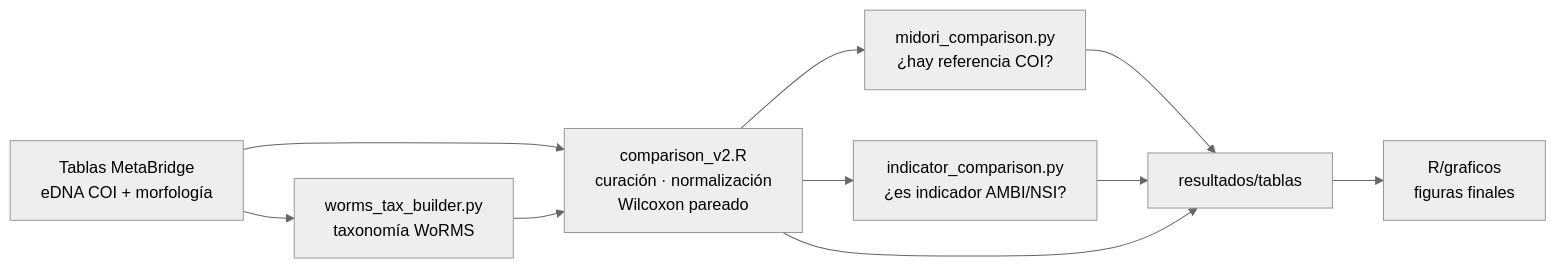
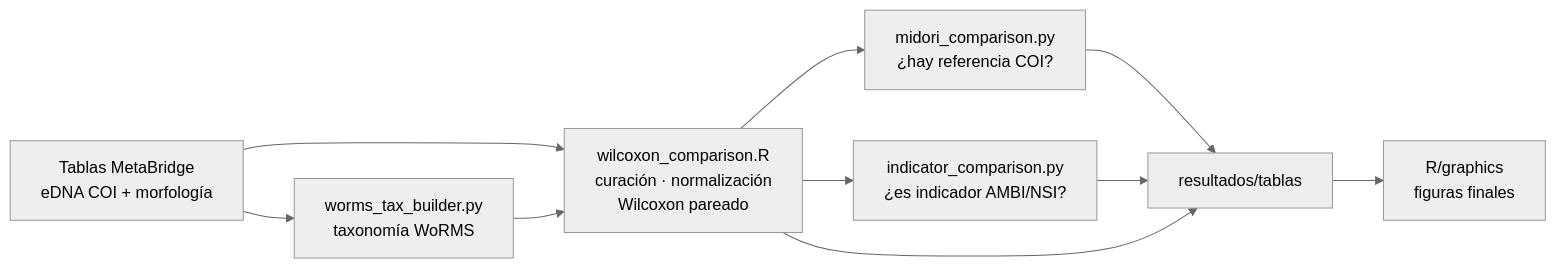
The diagram in README.md (andre-mori/TFM_eDNA_vs_morpho), drawn with Mermaid (neutral theme) before and after one commit. The commit also changed other lines of this file and 7 other files, not shown here.

````diff
--- a/README.md
+++ b/README.md
@@ -58,12 +58,12 @@
 ```mermaid
 flowchart LR
-    A["Tablas MetaBridge<br/>eDNA COI + morfología"] --> B["comparison_v2.R<br/>curación · normalización<br/>Wilcoxon pareado"]
+    A["Tablas MetaBridge<br/>eDNA COI + morfología"] --> B["wilcoxon_comparison.R<br/>curación · normalización<br/>Wilcoxon pareado"]
     A --> C["worms_tax_builder.py<br/>taxonomía WoRMS"]
     C --> B
     B --> D["midori_comparison.py<br/>¿hay referencia COI?"]
     B --> E["indicator_comparison.py<br/>¿es indicador AMBI/NSI?"]
     D --> F["resultados/tablas"]
     E --> F
     B --> F
-    F --> G["R/graficos<br/>figuras finales"]
+    F --> G["R/graphics<br/>figuras finales"]
 ```
````
